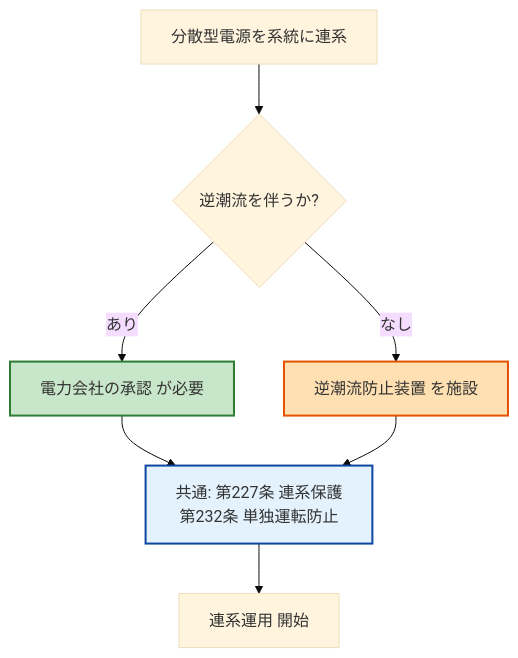
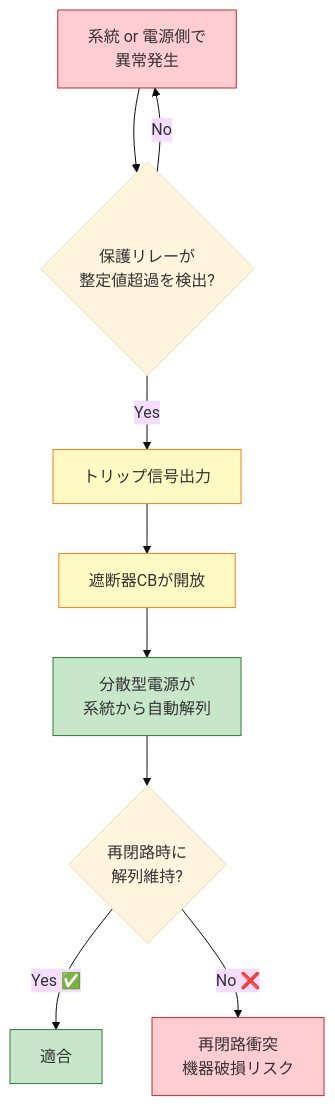
One commit to kfurufuru/denken-wiki changed the diagram in docs/articles/kaishaku/229.md. Above: the diagram before and after it, drawn with Mermaid (base theme). The commit also changed other lines of this file and 17 other files, not shown here.

````diff
--- a/docs/articles/kaishaku/229.md
+++ b/docs/articles/kaishaku/229.md
@@ -245,13 +195,18 @@
 ```mermaid
 flowchart TD
-    Start[分散型電源を系統に連系] --> Q1{逆潮流を伴うか?}
-    Q1 -->|あり| R1[電力会社の承認 が必要]
-    Q1 -->|なし| R2[逆潮流防止装置 を施設]
-    R1 --> Common[共通: 第227条 連系保護<br/>第232条 単独運転防止]
-    R2 --> Common
-    Common --> Done[連系運用 開始]
+    A[系統 or 電源側で<br/>異常発生] --> B{保護リレーが<br/>整定値超過を検出?}
+    B -- No --> A
+    B -- Yes --> C[トリップ信号出力]
+    C --> D[遮断器CBが開放]
+    D --> E[分散型電源が<br/>系統から自動解列]
+    E --> F{再閉路時に<br/>解列維持?}
+    F -- Yes ✅ --> G[適合]
+    F -- No ❌ --> H[再閉路衝突<br/>機器破損リスク]
 
-    style R1 fill:#c8e6c9,stroke:#2e7d32,stroke-width:2px
-    style R2 fill:#ffe0b2,stroke:#e65100,stroke-width:2px
-    style Common fill:#e3f2fd,stroke:#0d47a1,stroke-width:2px
+    style A fill:#ffcdd2,stroke:#c62828
+    style C fill:#fff9c4,stroke:#f57f17
+    style D fill:#fff9c4,stroke:#f57f17
+    style E fill:#c8e6c9,stroke:#2e7d32
+    style G fill:#c8e6c9,stroke:#2e7d32
+    style H fill:#ffcdd2,stroke:#c62828
 ```
````
